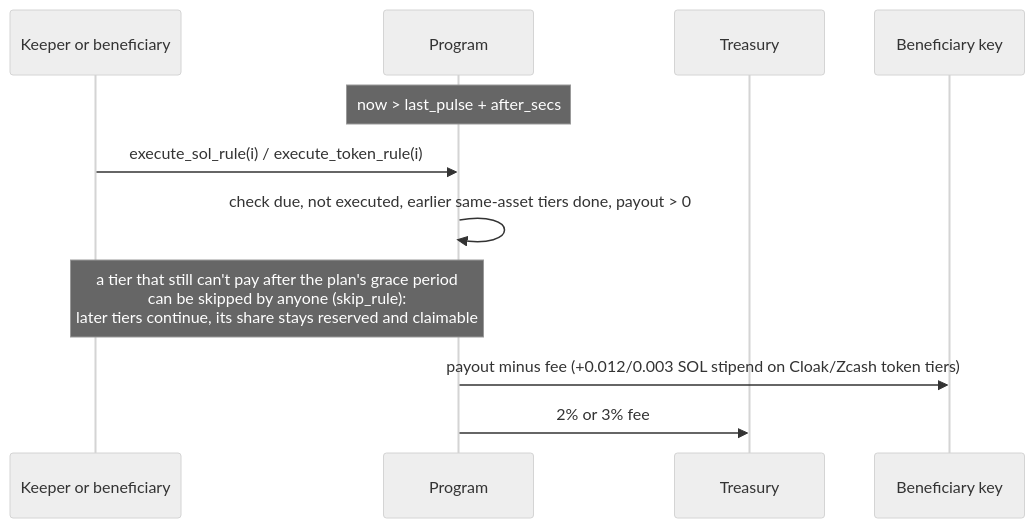
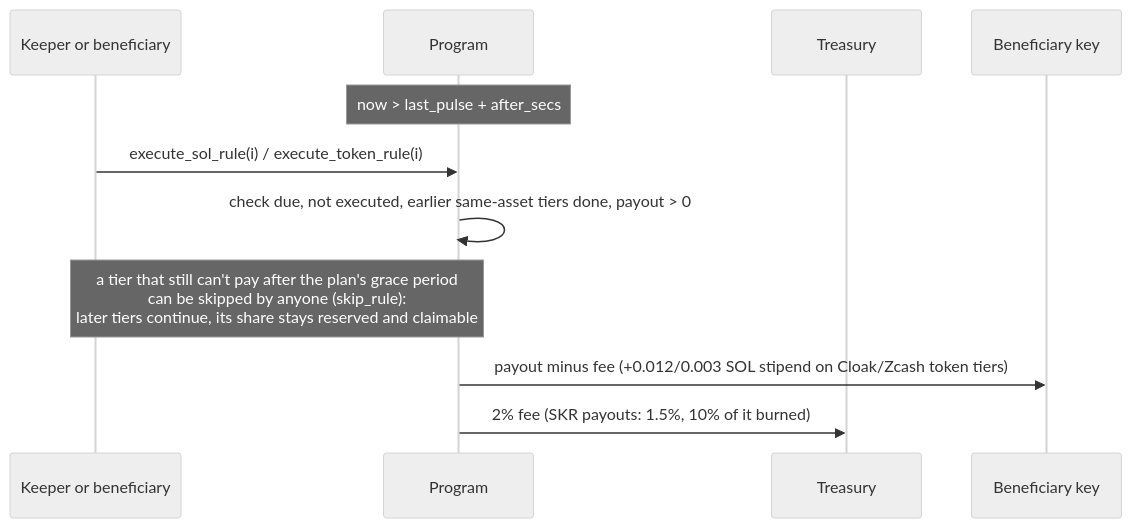
One commit to GabrielNeugebauer/deadman changed the third of 3 diagrams in docs/HOW_IT_WORKS.md. Above: the diagram before and after it, drawn with Mermaid (neutral theme). The commit also changed other lines of this file and 176 other files, not shown here.

First line of the commit message:
Add tools for creating NFTs and end-to-end testing of SKR payouts

````diff
--- a/docs/HOW_IT_WORKS.md
+++ b/docs/HOW_IT_WORKS.md
@@ -229,13 +255,13 @@
 ```mermaid
 sequenceDiagram
   participant K as Keeper or beneficiary
   participant P as Program
   participant T as Treasury
   participant B as Beneficiary key
   Note over P: now > last_pulse + after_secs
   K->>P: execute_sol_rule(i) / execute_token_rule(i)
   P->>P: check due, not executed, earlier same-asset tiers done, payout > 0
   Note over K,P: a tier that still can't pay after the plan's grace period<br/>can be skipped by anyone (skip_rule):<br/>later tiers continue, its share stays reserved and claimable
   P->>B: payout minus fee (+0.012/0.003 SOL stipend on Cloak/Zcash token tiers)
-  P->>T: 2% or 3% fee
+  P->>T: 2% fee (SKR payouts: 1.5%, 10% of it burned)
 ```
````
